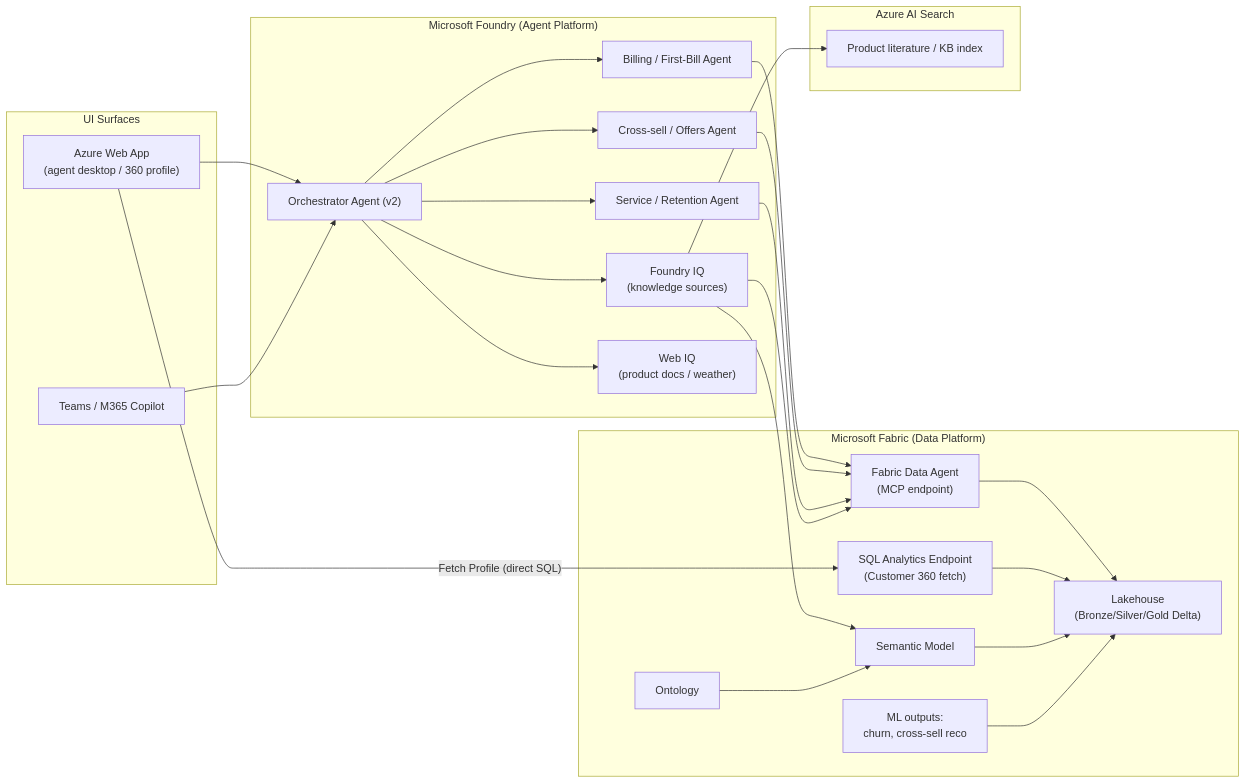
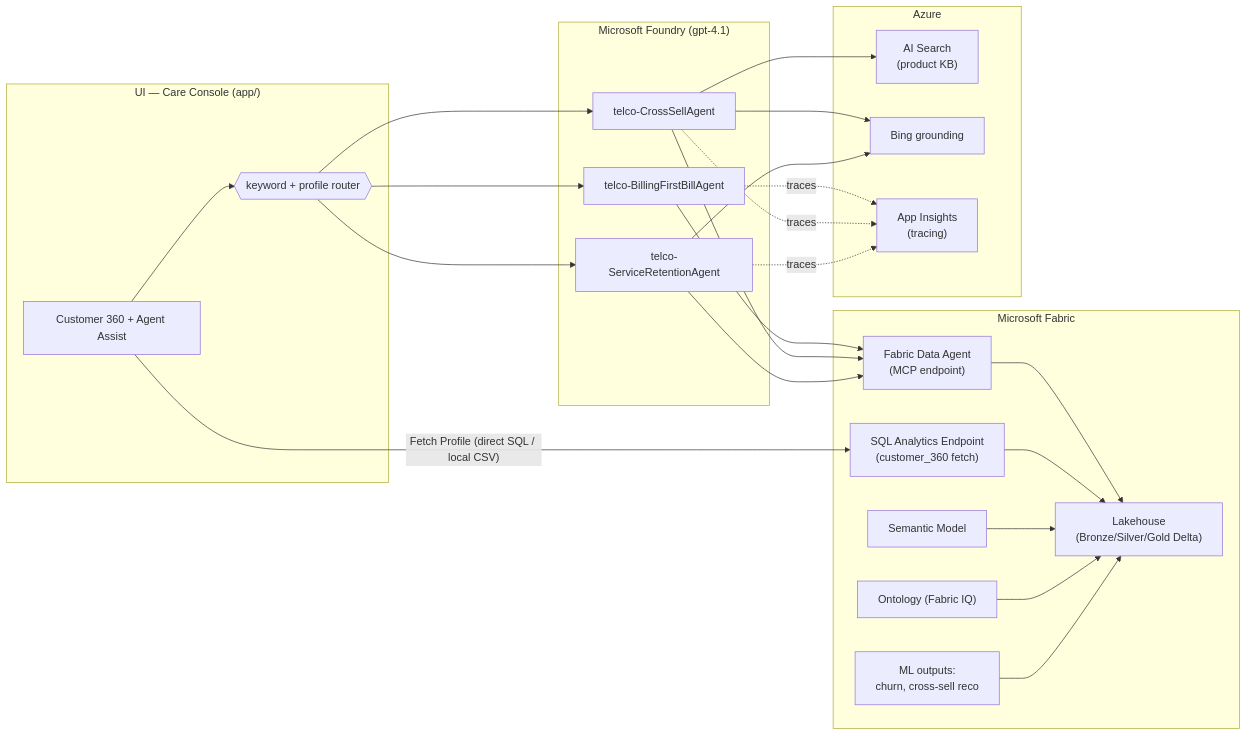
One commit to robkerr/fabric-telco-demo changed the diagram in docs/architecture.md. Above: the diagram before and after it, drawn with Mermaid. The commit also changed other lines of this file and 5 other files, not shown here.

First line of the commit message:
Docs: rewrite root README + refresh docs to current architecture

````diff
--- a/docs/architecture.md
+++ b/docs/architecture.md
@@ -11,43 +11,41 @@
 ```mermaid
 flowchart LR
-    subgraph UI["UI Surfaces"]
-        WEB["Azure Web App<br/>(agent desktop / 360 profile)"]
-        TEAMS["Teams / M365 Copilot"]
+    subgraph UI["UI — Care Console (app/)"]
+        WEB["Customer 360 + Agent Assist"]
+        R{{"keyword + profile router"}}
     end
 
-    subgraph FOUNDRY["Microsoft Foundry (Agent Platform)"]
-        ORCH["Orchestrator Agent (v2)"]
-        A1["Billing / First-Bill Agent"]
-        A2["Cross-sell / Offers Agent"]
-        A3["Service / Retention Agent"]
-        FIQ["Foundry IQ<br/>(knowledge sources)"]
-        WEBIQ["Web IQ<br/>(product docs / weather)"]
+    subgraph FOUNDRY["Microsoft Foundry (gpt-4.1)"]
+        A1["telco-BillingFirstBillAgent"]
+        A2["telco-CrossSellAgent"]
+        A3["telco-ServiceRetentionAgent"]
     end
 
-    subgraph FABRIC["Microsoft Fabric (Data Platform)"]
+    subgraph FABRIC["Microsoft Fabric"]
         LH["Lakehouse<br/>(Bronze/Silver/Gold Delta)"]
-        SQLEP["SQL Analytics Endpoint<br/>(Customer 360 fetch)"]
+        SQLEP["SQL Analytics Endpoint<br/>(customer_360 fetch)"]
         SM["Semantic Model"]
-        ONT["Ontology"]
+        ONT["Ontology (Fabric IQ)"]
         DA["Fabric Data Agent<br/>(MCP endpoint)"]
         ML["ML outputs:<br/>churn, cross-sell reco"]
     end
 
-    subgraph SEARCH["Azure AI Search"]
-        IDX["Product literature / KB index"]
+    subgraph AZURE["Azure"]
+        IDX["AI Search<br/>(product KB)"]
+        BING["Bing grounding"]
+        AI["App Insights<br/>(tracing)"]
     end
 
-    WEB --> ORCH
-    TEAMS --> ORCH
-    ORCH --> A1 & A2 & A3
+    WEB --> R
+    R --> A1 & A2 & A3
     A1 & A2 & A3 --> DA
-    ORCH --> FIQ
-    FIQ --> IDX & SM & DA
-    ORCH --> WEBIQ
-    WEB -->|"Fetch Profile (direct SQL)"| SQLEP
+    A2 --> IDX
+    A2 & A3 --> BING
+    WEB -->|"Fetch Profile (direct SQL / local CSV)"| SQLEP
     DA --> LH
     SQLEP --> LH
     SM --> LH
-    ONT --> SM
+    ONT --> LH
     ML --> LH
+    A1 & A2 & A3 -. traces .-> AI
 ```
````
